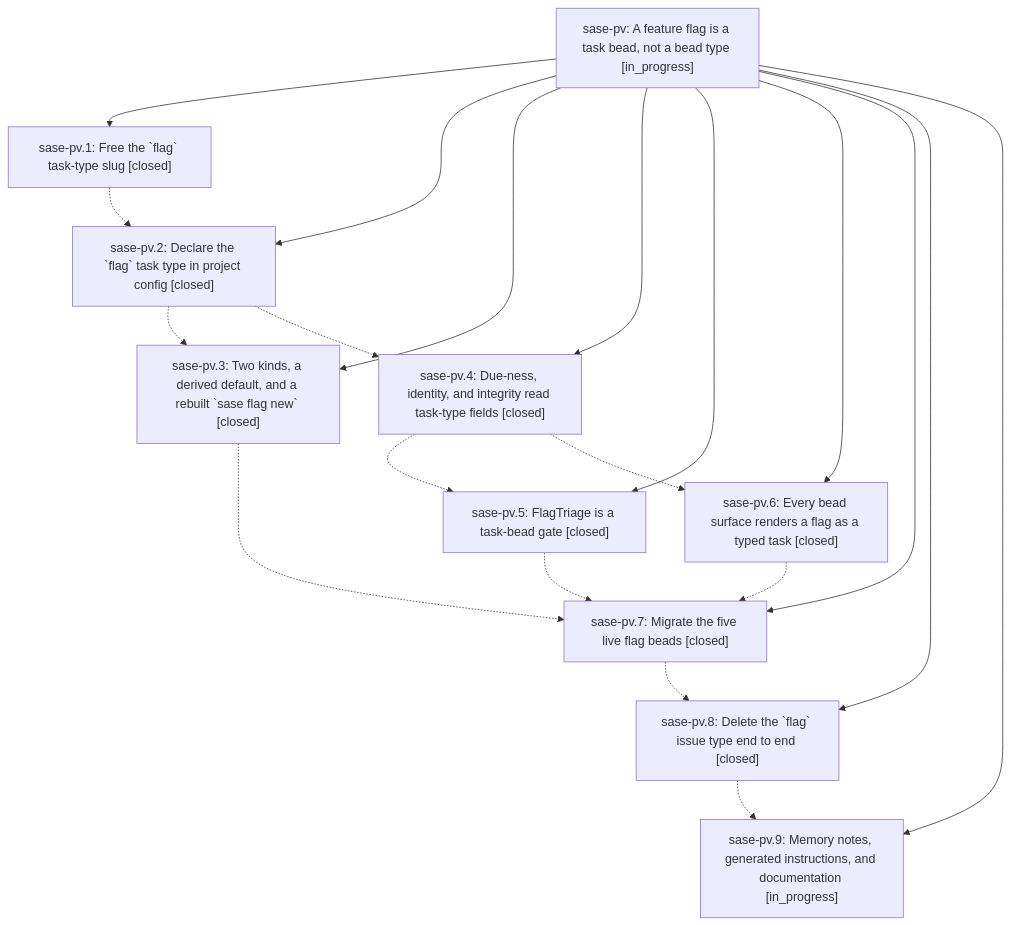
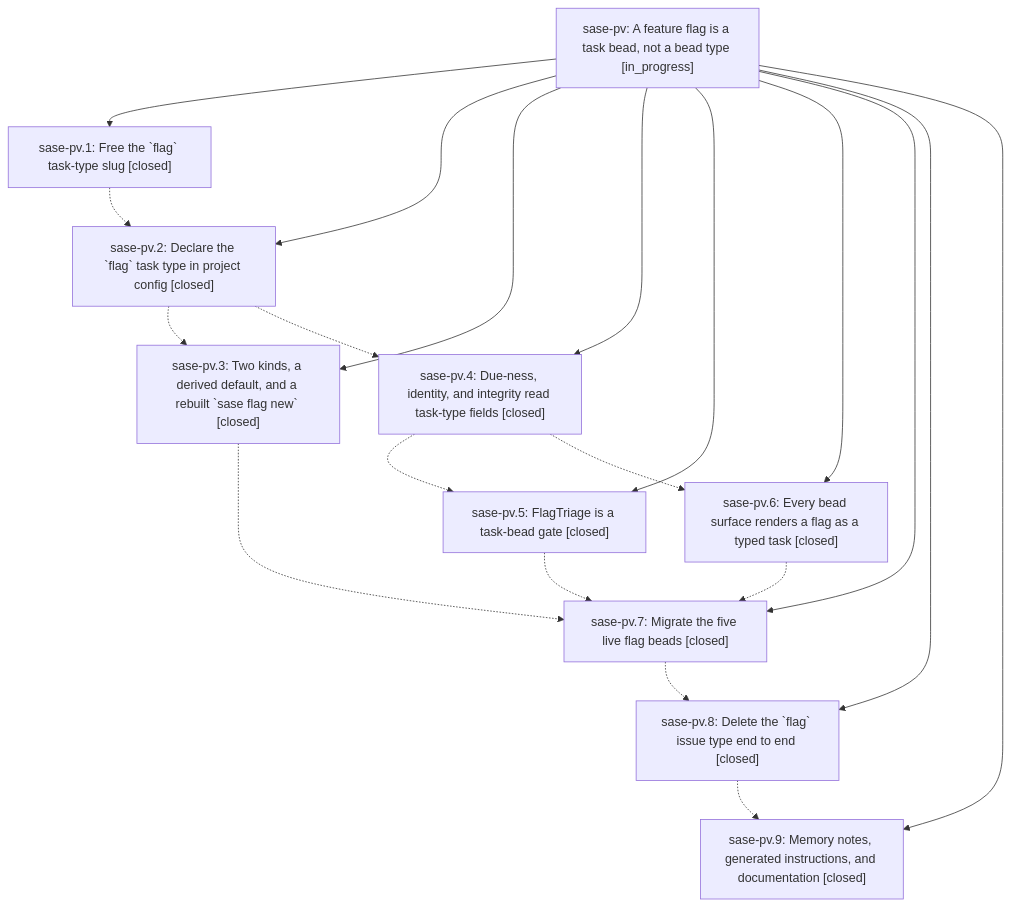
Before and after one commit to sase-org/sase--beads: the diagram in pages/sase-pv/README.md, drawn with Mermaid. The commit also changed other lines of this file and 2 other files, not shown here.

First line of the commit message:
chore(beads): sync bead state and pages for sase-pv

````diff
--- a/pages/sase-pv/README.md
+++ b/pages/sase-pv/README.md
@@ -62,32 +62,32 @@
 ```mermaid
 flowchart TD
     n0["sase-pv: A feature flag is a task bead, not a bead type [in_progress]"]
     n1["sase-pv.1: Free the `flag` task-type slug [closed]"]
     n2["sase-pv.2: Declare the `flag` task type in project config [closed]"]
     n3["sase-pv.3: Two kinds, a derived default, and a rebuilt `sase flag new` [closed]"]
     n4["sase-pv.4: Due-ness, identity, and integrity read task-type fields [closed]"]
     n5["sase-pv.5: FlagTriage is a task-bead gate [closed]"]
     n6["sase-pv.6: Every bead surface renders a flag as a typed task [closed]"]
     n7["sase-pv.7: Migrate the five live flag beads [closed]"]
     n8["sase-pv.8: Delete the `flag` issue type end to end [closed]"]
-    n9["sase-pv.9: Memory notes, generated instructions, and documentation [in_progress]"]
+    n9["sase-pv.9: Memory notes, generated instructions, and documentation [closed]"]
     n0 --> n1
     n0 --> n2
     n0 --> n3
     n0 --> n4
     n0 --> n5
     n0 --> n6
     n0 --> n7
     n0 --> n8
     n0 --> n9
     n1 -.-> n2
     n2 -.-> n3
     n2 -.-> n4
     n3 -.-> n7
     n4 -.-> n5
     n4 -.-> n6
     n5 -.-> n7
     n6 -.-> n7
     n7 -.-> n8
     n8 -.-> n9
 ```
````
